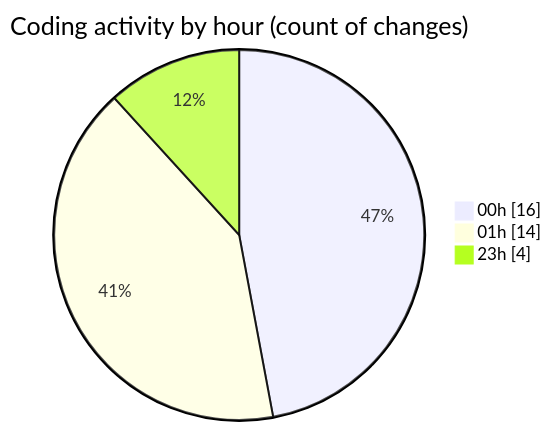
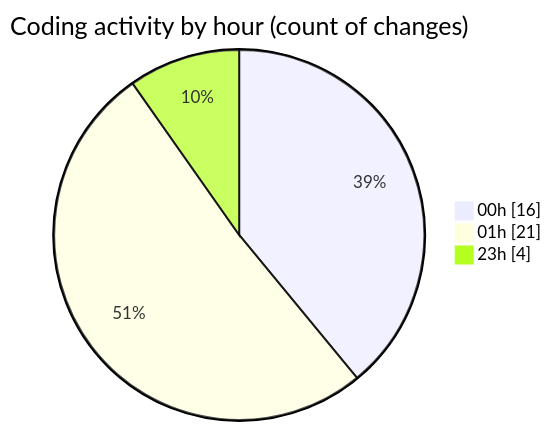
The second of 2 diagrams in 2025-11-23/eventscop-frontend-guide__workspace_/README.md (julien-gomy/code-tracking), drawn with Mermaid before and after one commit. The commit also changed other lines of this file and 1 other file, not shown here.

````diff
--- a/2025-11-23/eventscop-frontend-guide__workspace_/README.md
+++ b/2025-11-23/eventscop-frontend-guide__workspace_/README.md
@@ -42,7 +44,7 @@
 ```mermaid
 pie showData
 title Coding activity by hour (count of changes)
 "00h" : 16
-"01h" : 14
+"01h" : 21
 "23h" : 4
 ```
````
